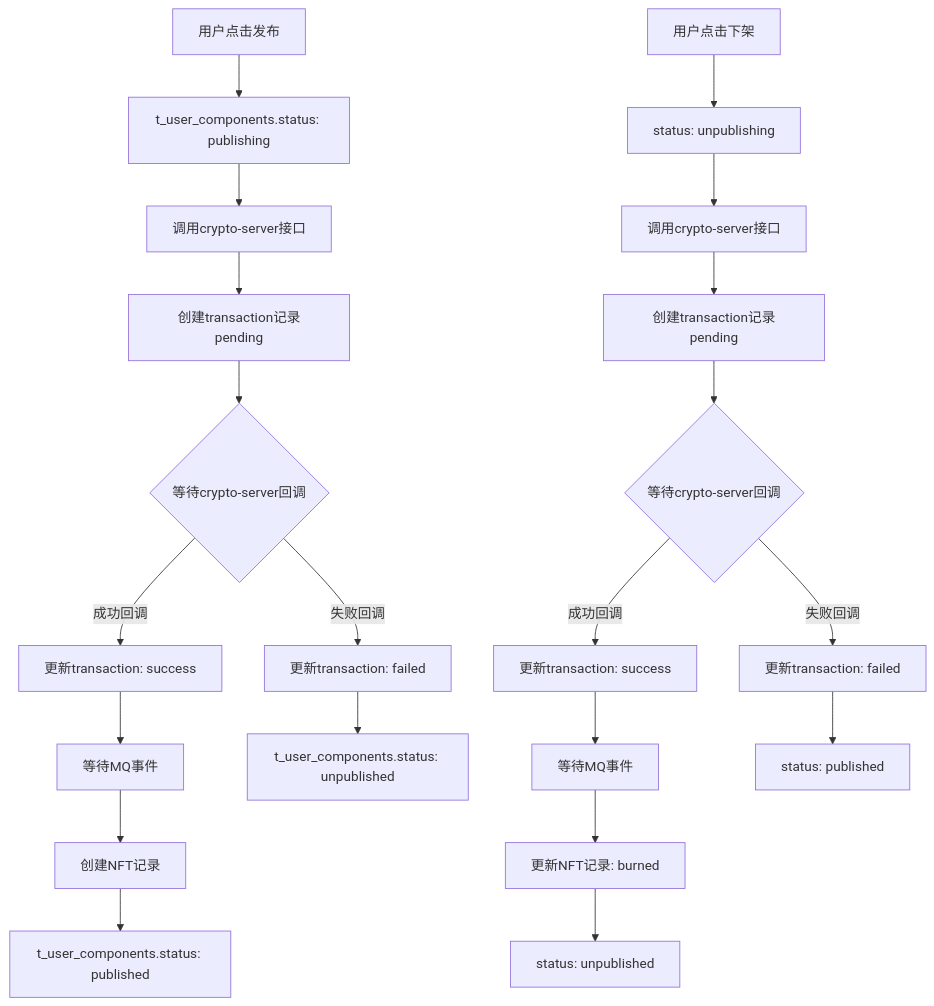
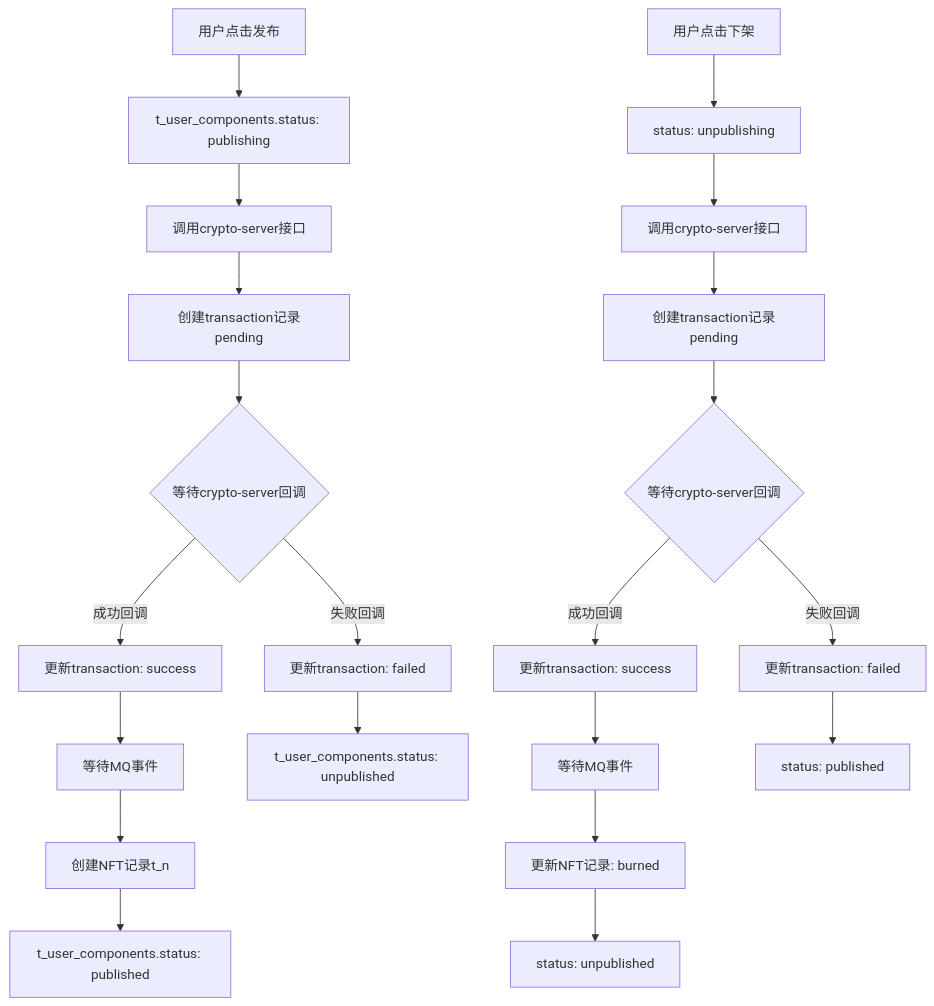
One commit to yingjianzh/iodraw-files changed the diagram in all/未命名-74.md. Above: the diagram before and after it, drawn with Mermaid.

Commit message:
2025-07-07 15:51:55 update

````diff
--- a/all/未命名-74.md
+++ b/all/未命名-74.md
@@ -1,30 +1,30 @@
 ```mermaid
 
 graph TD
     A[用户点击发布] --> B[t_user_components.status: publishing]
     B --> C[调用crypto-server接口]
     C --> D[创建transaction记录pending]
     D --> E{等待crypto-server回调}
     
     E -->|成功回调| F[更新transaction: success]
     F --> G[等待MQ事件]
-    G --> H[创建NFT记录]
+    G --> H[创建NFT记录t_n]
     H --> I[t_user_components.status: published]
     
     E -->|失败回调| J[更新transaction: failed]
     J --> K[t_user_components.status: unpublished]
     
     L[用户点击下架] --> M[status: unpublishing]
     M --> N[调用crypto-server接口]
     N --> O[创建transaction记录pending]
     O --> P{等待crypto-server回调}
     
     P -->|成功回调| Q[更新transaction: success]
     Q --> R[等待MQ事件]
     R --> S[更新NFT记录: burned]
     S --> T[status: unpublished]
     
     P -->|失败回调| U[更新transaction: failed]
     U --> V[status: published]
 
 ```
````
